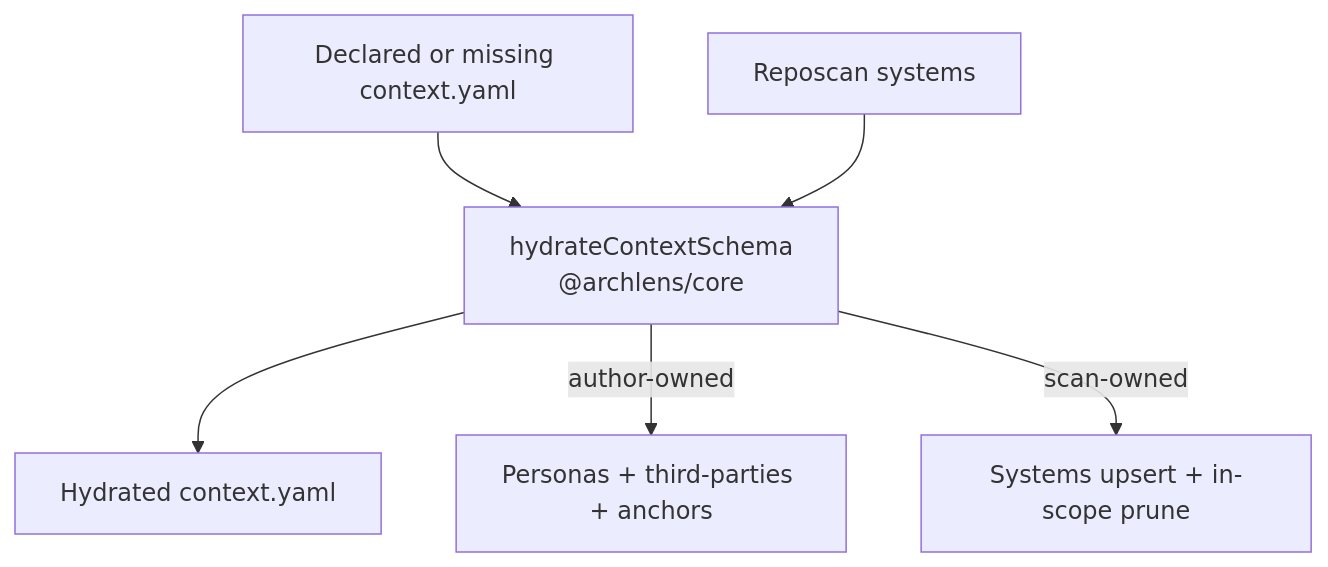
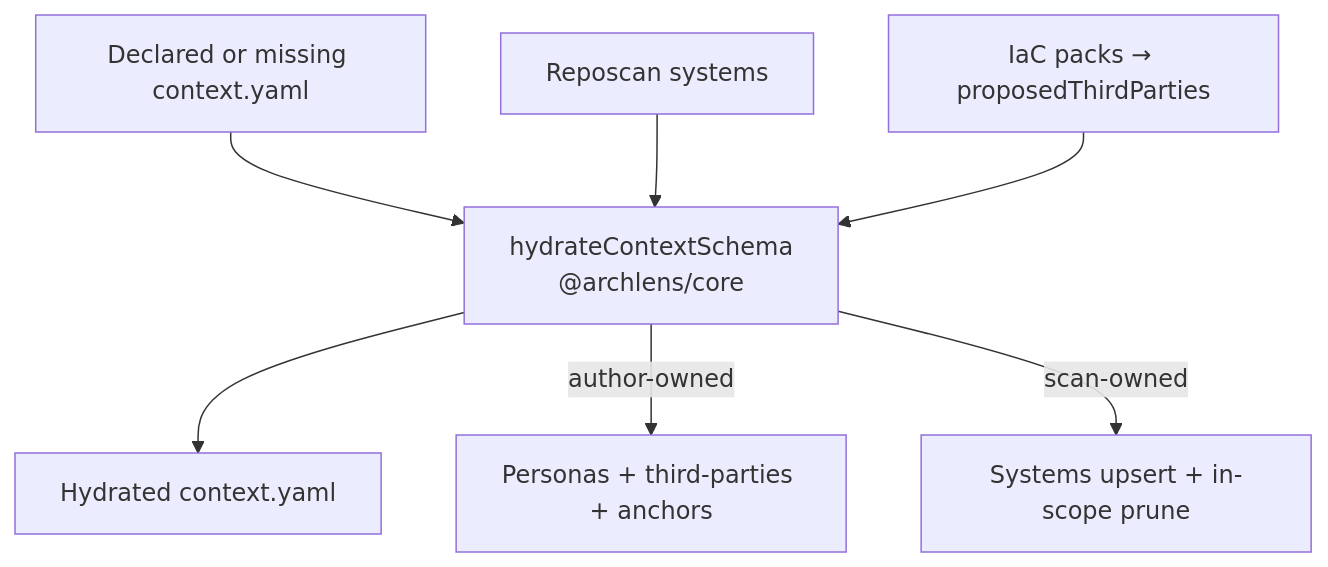
Before and after one commit to mzworthington/archlens: the diagram in docs/ADRs/0015-declared-context-hydration.md, drawn with Mermaid. The commit also changed other lines of this file and 19 other files, not shown here.

````diff
--- a/docs/ADRs/0015-declared-context-hydration.md
+++ b/docs/ADRs/0015-declared-context-hydration.md
@@ -42,12 +42,14 @@
 ```mermaid
 flowchart TB
   Seed["Declared or missing context.yaml"]
   Scan["Reposcan systems"]
+  Iac["IaC packs → proposedThirdParties"]
   Plan["hydrateContextSchema<br/>@archlens/core"]
   Out["Hydrated context.yaml"]
   Seed --> Plan
   Scan --> Plan
+  Iac --> Plan
   Plan --> Out
   Plan -->|"author-owned"| Personas["Personas + third-parties + anchors"]
   Plan -->|"scan-owned"| Systems["Systems upsert + in-scope prune"]
 ```
````
